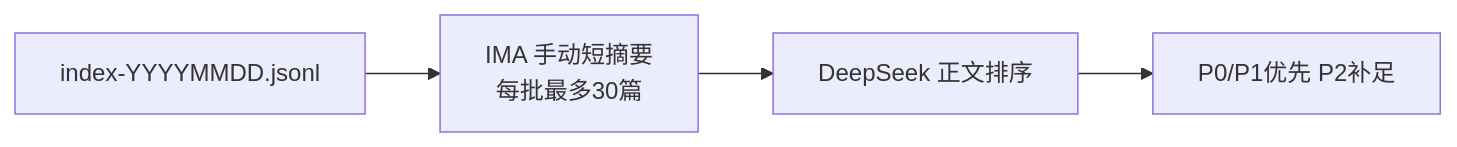
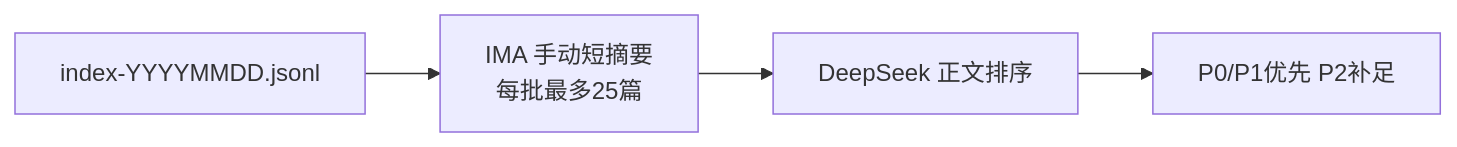
Before and after one commit to CheukYuen/investment-research-reports: the diagram in README.md, drawn with Mermaid. The commit also changed other lines of this file and 9 other files, not shown here.

Commit message:
sync: complete IMA reports for 2026-09-13, updating manual batch size to 25, adding new entries to the index, and adjusting documentation for prompt generation

````diff
--- a/README.md
+++ b/README.md
@@ -53,6 +53,6 @@
 ```mermaid
 flowchart LR
-  indexJsonl["index-YYYYMMDD.jsonl"] --> imaSummary["IMA 手动短摘要<br/>每批最多30篇"]
+  indexJsonl["index-YYYYMMDD.jsonl"] --> imaSummary["IMA 手动短摘要<br/>每批最多25篇"]
   imaSummary --> summaryRank["DeepSeek 正文排序"]
   summaryRank --> queue["P0/P1优先 P2补足"]
 ```
````
